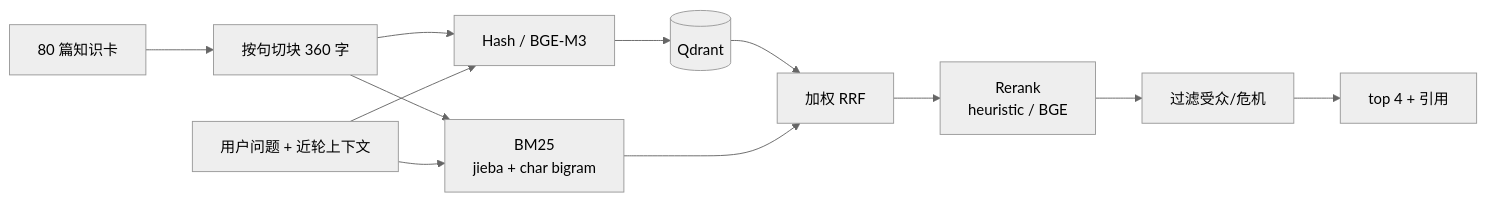
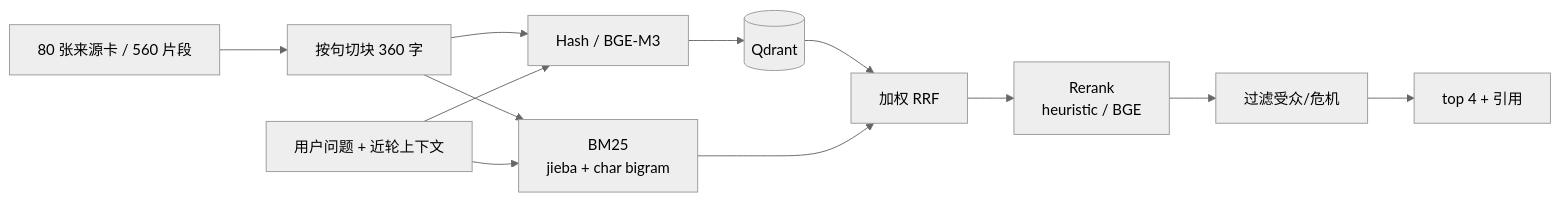
Before and after one commit to Lnyyy6/heart-say: the third of 5 diagrams in docs/ARCHITECTURE.md, drawn with Mermaid (neutral theme). The commit also changed 29 other files, not shown here.

````diff
--- a/docs/ARCHITECTURE.md
+++ b/docs/ARCHITECTURE.md
@@ -107,14 +107,14 @@
 ```mermaid
 flowchart LR
-    KB[80 篇知识卡] --> CH[按句切块 360 字]
+    KB[80 张来源卡 / 560 片段] --> CH[按句切块 360 字]
     CH --> EMB[Hash / BGE-M3]
     CH --> BM[BM25<br/>jieba + char bigram]
     EMB --> QD[(Qdrant)]
     Q[用户问题 + 近轮上下文] --> EMB
     Q --> BM
     QD --> RRF[加权 RRF]
     BM --> RRF
     RRF --> RR[Rerank<br/>heuristic / BGE]
     RR --> F[过滤受众/危机]
     F --> TOP[top 4 + 引用]
 ```
````
